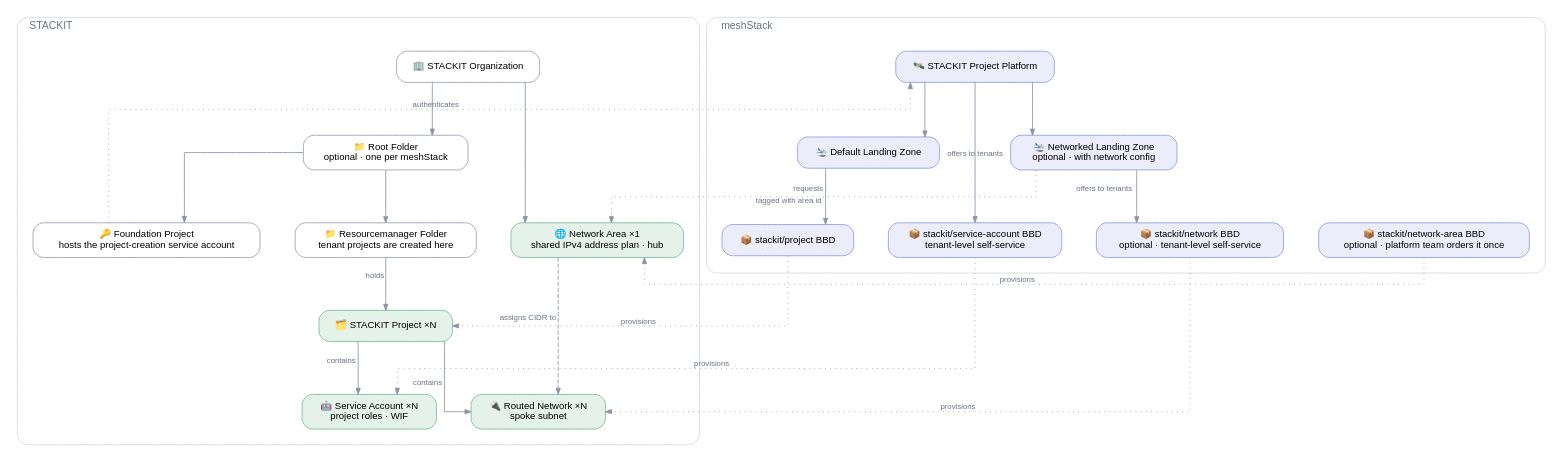
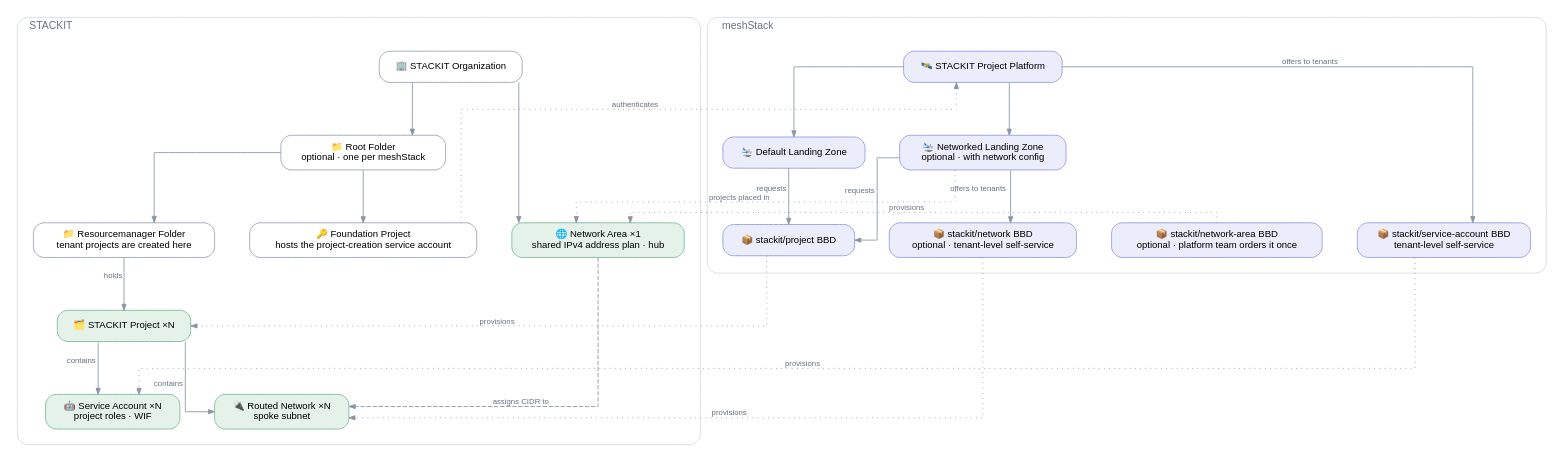
The diagram in reference-architectures/stackit-landingzone/stackit-landingzone.dot (meshcloud/meshstack-hub), drawn with Graphviz before and after one commit. The commit also changed 12 other files, not shown here.

```diff
--- a/reference-architectures/stackit-landingzone/stackit-landingzone.dot
+++ b/reference-architectures/stackit-landingzone/stackit-landingzone.dot
@@ -1,76 +1,77 @@
 /*
  * STACKIT Landing Zone reference architecture.
  * Conventions: .agents/references/diagrams.md — render with: task diagrams
  */
 digraph stackit_landingzone {
   rankdir=TB
   splines=ortho
   forcelabels=true
   bgcolor="white"
   nodesep=0.55
   ranksep=0.85
 
   node [shape=box style="rounded,filled" fontname="Helvetica" fontsize=11
         fillcolor="#ffffff" color="#a2abb8" penwidth=1.1 margin="0.20,0.11"]
   edge [fontname="Helvetica" fontsize=9 fontcolor="#697180" color="#8b95a3" arrowsize=0.7]
 
   subgraph cluster_stackit {
     label="  STACKIT"
     labeljust=l
     fontname="Helvetica" fontsize=12 fontcolor="#697180"
     style="rounded" color="#d5dae0"
     margin=18
 
     ORG    [label="🏢 STACKIT Organization" fillcolor="#ffffff" color="#a2abb8"]
     ROOT   [label="📁 Root Folder\noptional · one per meshStack" fillcolor="#ffffff" color="#a2abb8"]
     FOUND  [label="🔑 Foundation Project\nhosts the project-creation service account" fillcolor="#ffffff" color="#a2abb8"]
     FOLDER [label="📁 Resourcemanager Folder\ntenant projects are created here" fillcolor="#ffffff" color="#a2abb8"]
     NA     [label="🌐 Network Area ×1\nshared IPv4 address plan · hub" fillcolor="#e5f2ea" color="#85bfa0"]
     PRJ    [label="🗂️ STACKIT Project ×N" fillcolor="#e5f2ea" color="#85bfa0"]
     SA     [label="🤖 Service Account ×N\nproject roles · WIF" fillcolor="#e5f2ea" color="#85bfa0"]
     SPOKE  [label="🔌 Routed Network ×N\nspoke subnet" fillcolor="#e5f2ea" color="#85bfa0"]
 
     { rank=same; FOUND -> FOLDER -> NA [style=invis] }
 
     ORG    -> ROOT
     ROOT   -> FOUND
     ROOT   -> FOLDER
     ORG    -> NA
     FOLDER -> PRJ   [xlabel="holds"]
     PRJ    -> SA    [xlabel="contains"]
     PRJ    -> SPOKE [xlabel="contains"]
     NA     -> SPOKE [xlabel="assigns CIDR to" style=dashed constraint=false]
   }
 
   subgraph cluster_mesh {
     label="  meshStack"
     labeljust=l
     fontname="Helvetica" fontsize=12 fontcolor="#697180"
     style="rounded" color="#d5dae0"
     margin=18
 
     PLAT     [label="🛰️ STACKIT Project Platform" fillcolor="#ecedfb" color="#9aa2e6"]
     DEFLZ    [label="🛬 Default Landing Zone" fillcolor="#ecedfb" color="#9aa2e6"]
     NETLZ    [label="🛬 Networked Landing Zone\noptional · with network config" fillcolor="#ecedfb" color="#9aa2e6"]
     PRJBBD   [label="📦 stackit/project BBD" fillcolor="#ecedfb" color="#9aa2e6"]
     SABBD    [label="📦 stackit/service-account BBD\ntenant-level self-service" fillcolor="#ecedfb" color="#9aa2e6"]
     NABBD    [label="📦 stackit/network-area BBD\noptional · platform team orders it once" fillcolor="#ecedfb" color="#9aa2e6"]
     SPOKEBBD [label="📦 stackit/network BBD\noptional · tenant-level self-service" fillcolor="#ecedfb" color="#9aa2e6"]
 
     { rank=same; DEFLZ -> NETLZ [style=invis] }
     { rank=same; PRJBBD -> SABBD -> SPOKEBBD -> NABBD [style=invis] }
 
     PLAT  -> DEFLZ
     PLAT  -> NETLZ
     DEFLZ -> PRJBBD   [xlabel="requests"]
+    NETLZ -> PRJBBD   [xlabel="requests"]
     PLAT  -> SABBD    [xlabel="offers to tenants"]
     NETLZ -> SPOKEBBD [xlabel="offers to tenants"]
   }
 
   FOUND    -> PLAT  [xlabel="authenticates" style=dotted constraint=false]
   PRJBBD   -> PRJ   [xlabel="provisions" style=dotted constraint=false]
   SABBD    -> SA    [xlabel="provisions" style=dotted constraint=false]
   NABBD    -> NA    [xlabel="provisions" style=dotted constraint=false]
   SPOKEBBD -> SPOKE [xlabel="provisions" style=dotted constraint=false]
-  NETLZ    -> NA    [xlabel="tagged with area id" style=dotted constraint=false]
+  NETLZ    -> NA    [xlabel="projects placed in" style=dotted constraint=false]
 }
```
